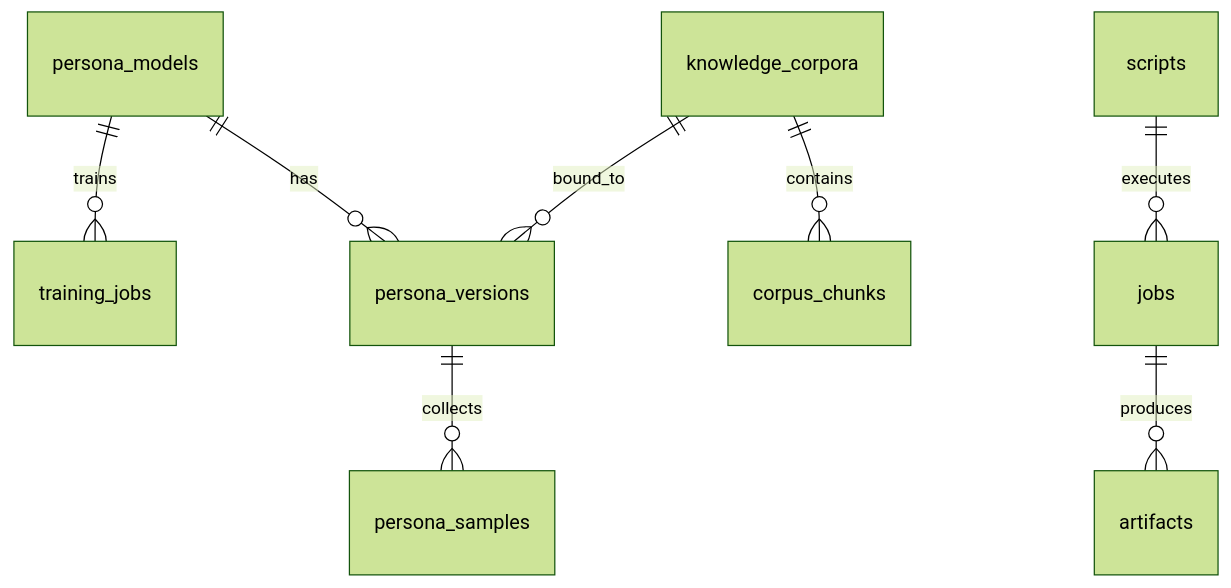
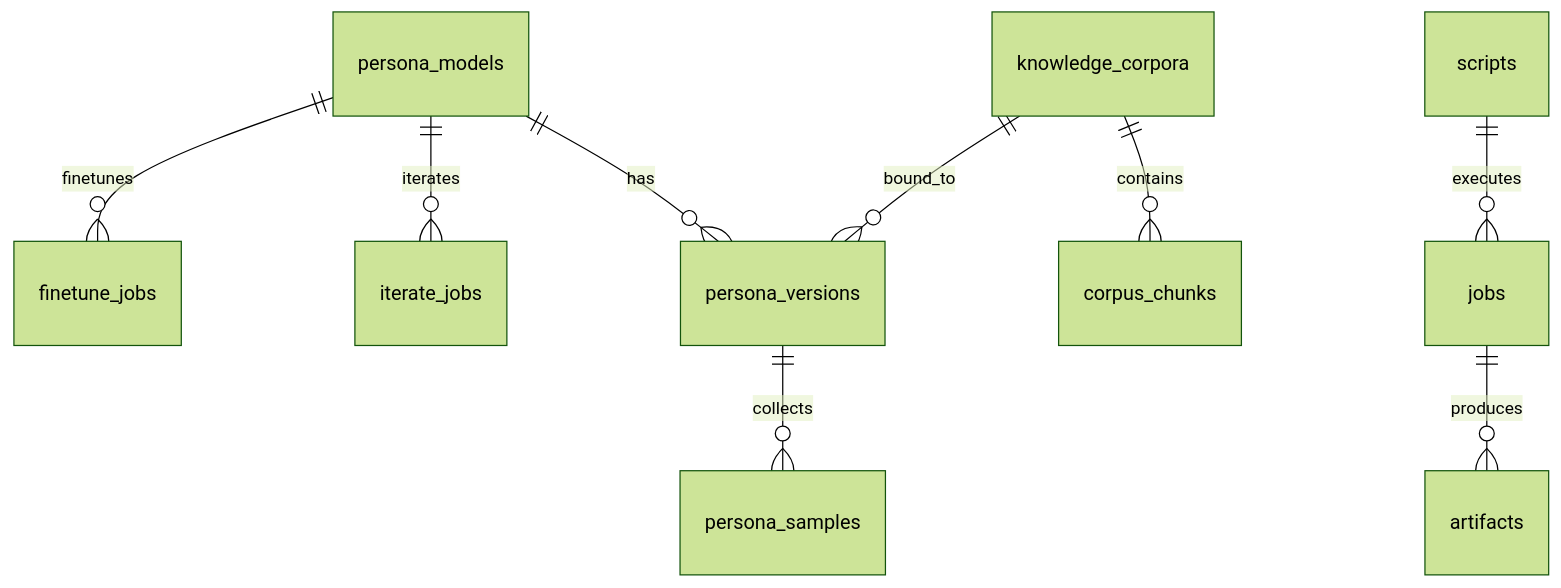
The first of 2 diagrams in docs/storage.md (growdu/avcore), drawn with Mermaid (forest theme) before and after one commit. The commit also changed other lines of this file and 10 other files, not shown here.

````diff
--- a/docs/storage.md
+++ b/docs/storage.md
@@ -41,10 +41,11 @@
 ```mermaid
 erDiagram
     persona_models ||--o{ persona_versions : has
     persona_versions ||--o{ persona_samples : collects
-    persona_models ||--o{ training_jobs : trains
+    persona_models ||--o{ iterate_jobs : iterates
+    persona_models ||--o{ finetune_jobs : finetunes
     scripts ||--o{ jobs : executes
     jobs ||--o{ artifacts : produces
     knowledge_corpora ||--o{ corpus_chunks : contains
     knowledge_corpora ||--o{ persona_versions : bound_to
 ```
````
